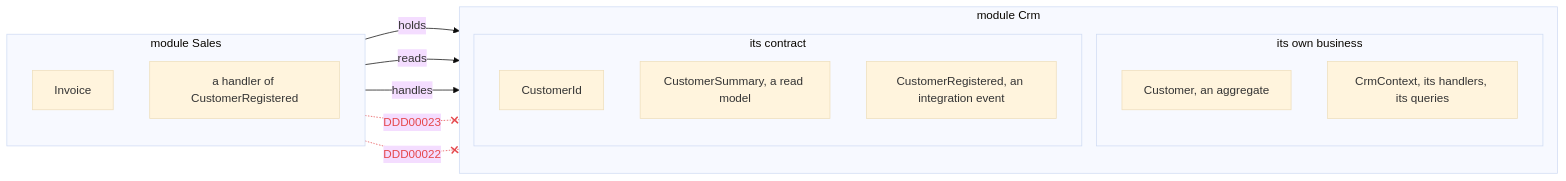
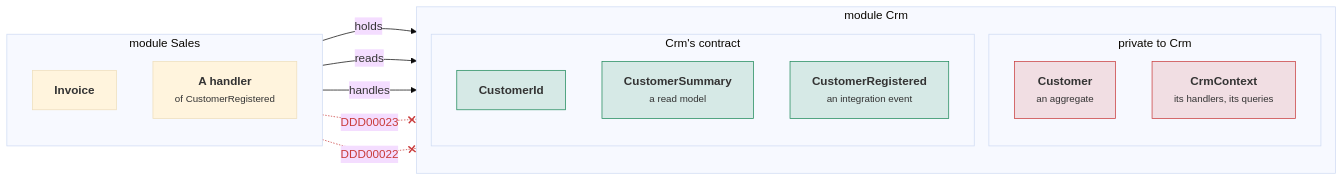
One commit to DylanSnel/DDDToolkit changed the first of 3 diagrams in docs/module-contracts.md. Above: the diagram before and after it, drawn with Mermaid (base theme). The commit also changed other lines of this file and 41 other files, not shown here.

First line of the commit message:
Docs: plain prose, one word per concept, and readable diagrams on every page

````diff
--- a/docs/module-contracts.md
+++ b/docs/module-contracts.md
@@ -51,26 +48,30 @@
 ```mermaid
 flowchart LR
     subgraph crm ["module Crm"]
         direction TB
-        subgraph crmown ["its own business"]
-            Customer["Customer, an aggregate"]
-            CrmContext["CrmContext, its handlers, its queries"]
+        subgraph crmown ["private to Crm"]
+            customer["<b>Customer</b><br/><small>an aggregate</small>"]
+            crmContext["<b>CrmContext</b><br/><small>its handlers, its queries</small>"]
         end
-        subgraph crmcontract ["its contract"]
-            CustomerId["CustomerId"]
-            Summary["CustomerSummary, a read model"]
-            Registered["CustomerRegistered, an integration event"]
+        subgraph crmcontract ["Crm's contract"]
+            customerId["<b>CustomerId</b>"]
+            summary["<b>CustomerSummary</b><br/><small>a read model</small>"]
+            registered["<b>CustomerRegistered</b><br/><small>an integration event</small>"]
         end
     end
     subgraph sales ["module Sales"]
         direction TB
-        Invoice["Invoice"]
-        Welcome["a handler of CustomerRegistered"]
+        invoice["<b>Invoice</b>"]
+        welcome["<b>A handler</b><br/><small>of CustomerRegistered</small>"]
     end
-    Invoice -->|"holds"| CustomerId
-    Invoice -->|"reads"| Summary
-    Welcome -->|"handles"| Registered
-    Invoice -. "DDD00023" .-x Customer
-    Welcome -. "DDD00022" .-x CrmContext
-    linkStyle 3,4 stroke:#e5484d,color:#e5484d
+    invoice -->|"holds"| customerId
+    invoice -->|"reads"| summary
+    welcome -->|"handles"| registered
+    invoice -. "DDD00023" .-x customer
+    welcome -. "DDD00022" .-x crmContext
+    linkStyle 3,4 stroke:#c93c3c,color:#c93c3c
+    classDef good fill:#1f8a5b26,stroke:#1f8a5b
+    classDef bad fill:#c93c3c24,stroke:#c93c3c
+    class customerId,summary,registered good
+    class customer,crmContext bad
 ```
````
